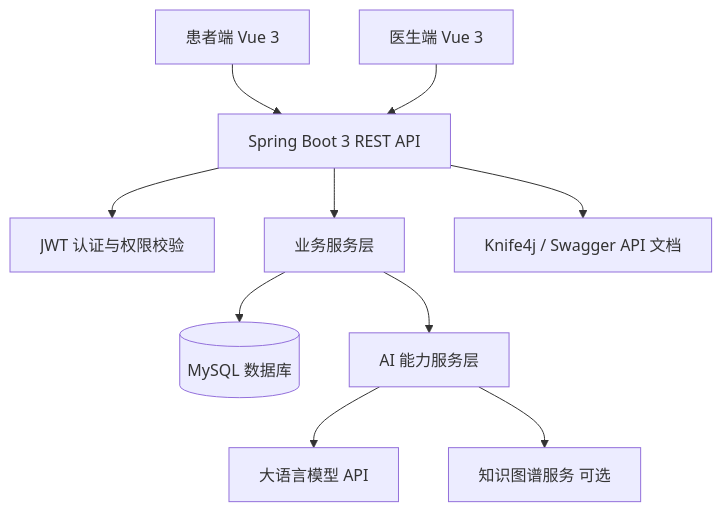
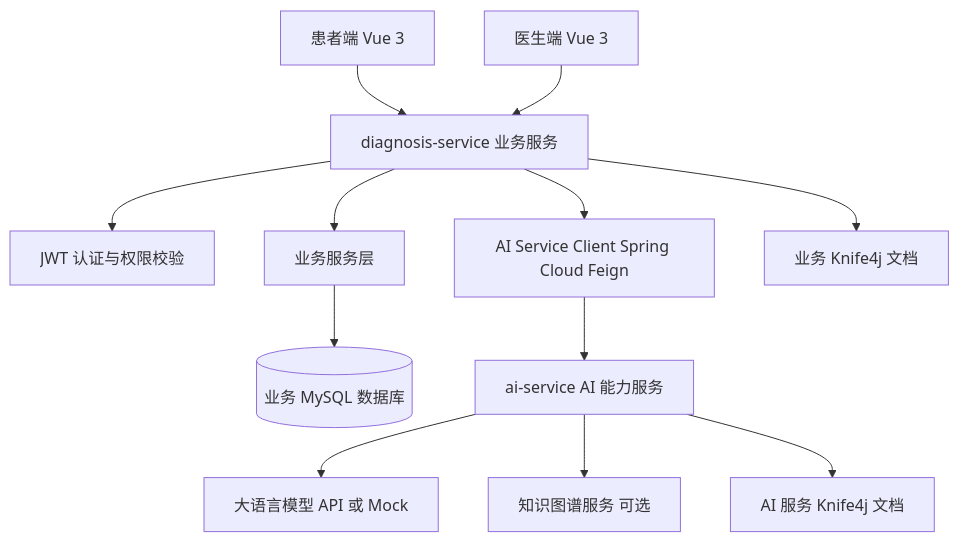
One commit to cloudydreamland/smart_cloud_brain changed the first of 2 diagrams in docs/05-system-architecture.md. Above: the diagram before and after it, drawn with Mermaid. The commit also changed other lines of this file and 11 other files, not shown here.

````diff
--- a/docs/05-system-architecture.md
+++ b/docs/05-system-architecture.md
@@ -5,12 +5,14 @@
 ```mermaid
 flowchart TB
-  P[患者端 Vue 3] --> API[Spring Boot 3 REST API]
-  D[医生端 Vue 3] --> API
-  API --> AUTH[JWT 认证与权限校验]
-  API --> BIZ[业务服务层]
-  BIZ --> DB[(MySQL 数据库)]
-  BIZ --> AIS[AI 能力服务层]
-  AIS --> LLM[大语言模型 API]
+  P[患者端 Vue 3] --> DS[diagnosis-service 业务服务]
+  D[医生端 Vue 3] --> DS
+  DS --> AUTH[JWT 认证与权限校验]
+  DS --> BIZ[业务服务层]
+  BIZ --> DB[(业务 MySQL 数据库)]
+  DS --> AIC[AI Service Client Spring Cloud Feign]
+  AIC --> AIS[ai-service AI 能力服务]
+  AIS --> LLM[大语言模型 API 或 Mock]
   AIS --> KG[知识图谱服务 可选]
-  API --> DOC[Knife4j / Swagger API 文档]
+  DS --> DOC1[业务 Knife4j 文档]
+  AIS --> DOC2[AI 服务 Knife4j 文档]
 ```
````
